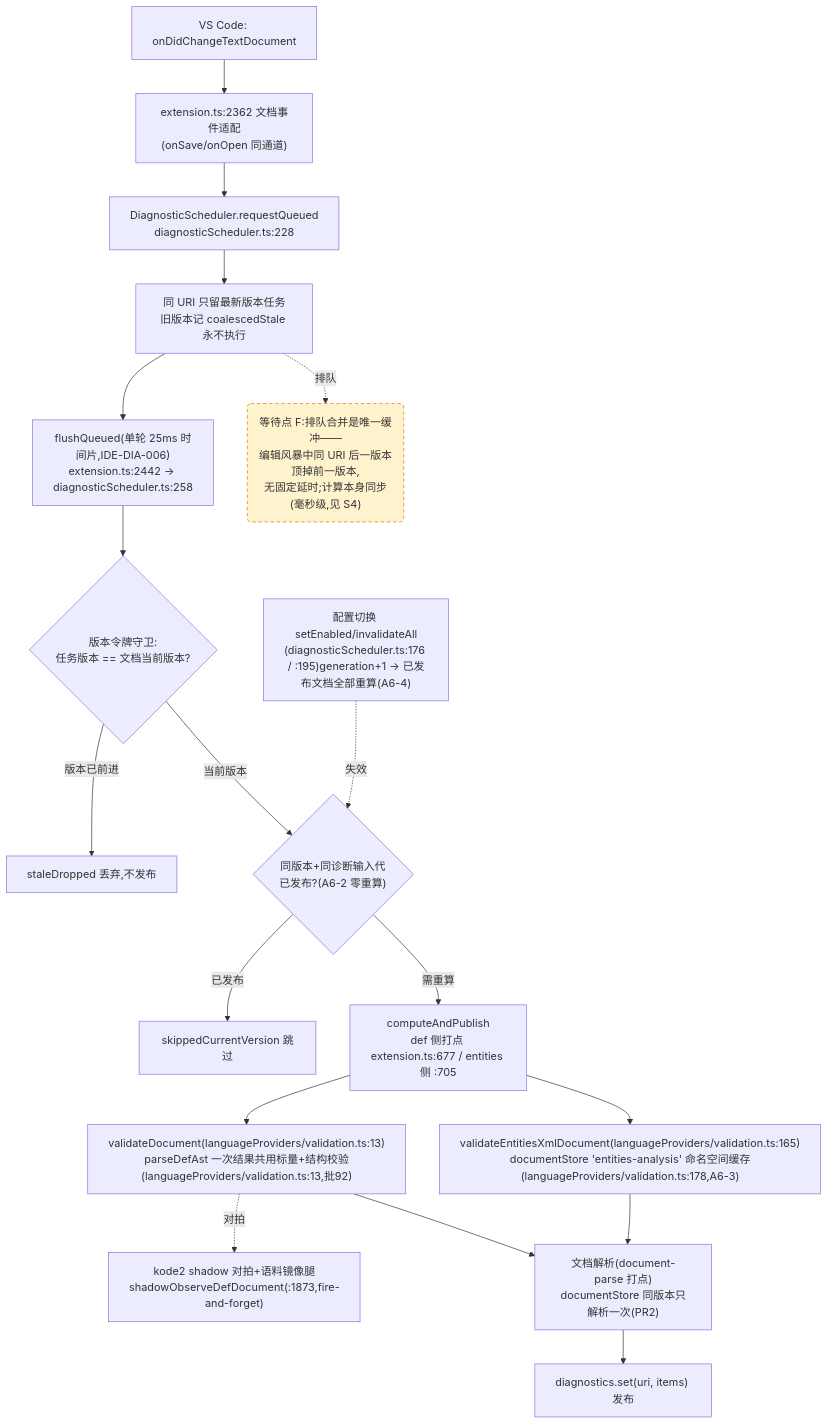
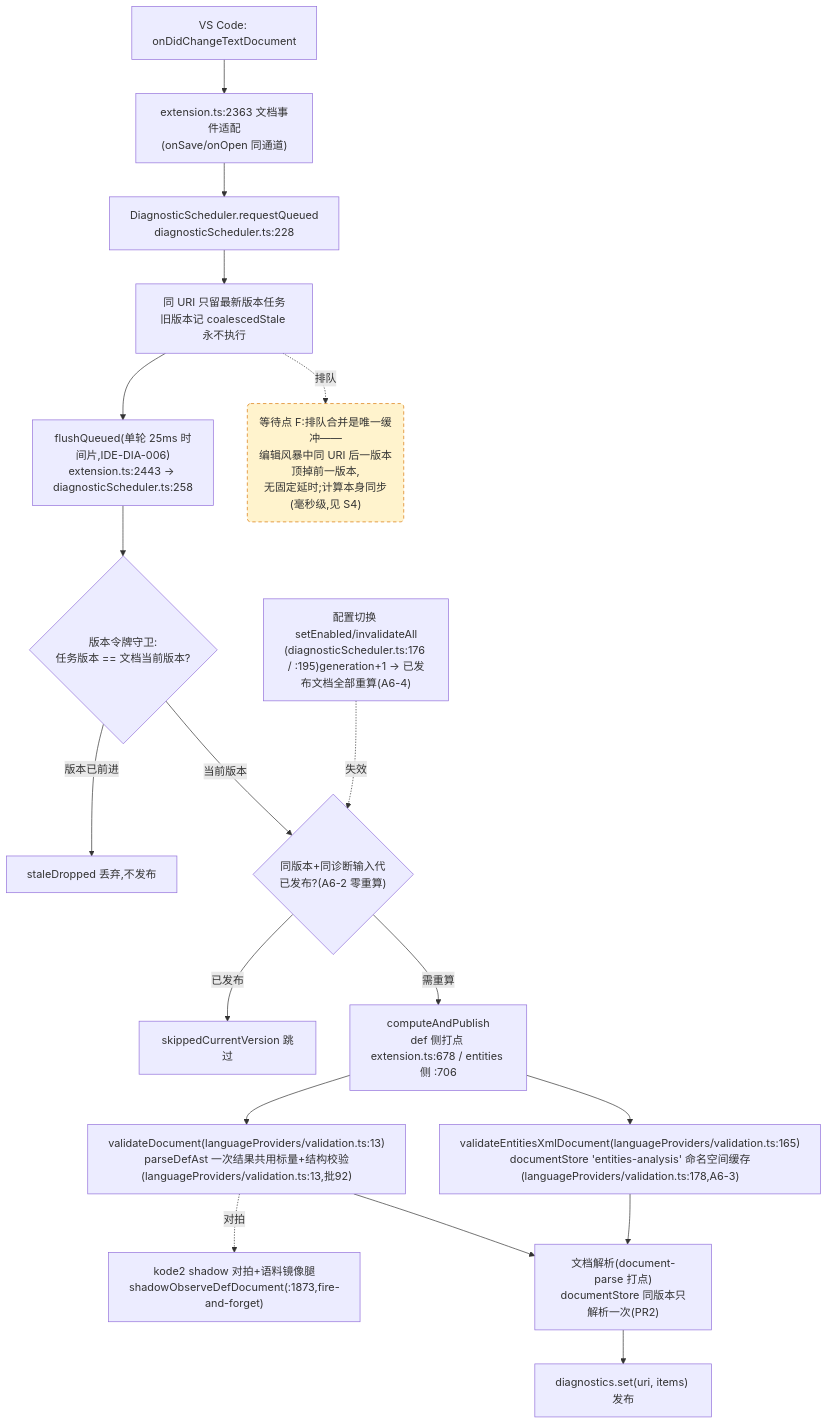
The fourth of 4 diagrams in docs/perf/2026-baseline.md (cuihairu/kode), drawn with Mermaid before and after one commit. The commit also changed other lines of this file and 3 other files, not shown here.

````diff
--- a/docs/perf/2026-baseline.md
+++ b/docs/perf/2026-baseline.md
@@ -214,38 +214,38 @@
 ```mermaid
 flowchart TD
   CHG["VS Code: onDidChangeTextDocument"]
-  WATCH["extension.ts:2362 文档事件适配<br/>(onSave/onOpen 同通道)"]
+  WATCH["extension.ts:2363 文档事件适配<br/>(onSave/onOpen 同通道)"]
   RQ["DiagnosticScheduler.requestQueued<br/>diagnosticScheduler.ts:228"]
   CO["同 URI 只留最新版本任务<br/>旧版本记 coalescedStale 永不执行"]
-  FL["flushQueued(单轮 25ms 时间片,IDE-DIA-006)<br/>extension.ts:2442 → diagnosticScheduler.ts:258"]
+  FL["flushQueued(单轮 25ms 时间片,IDE-DIA-006)<br/>extension.ts:2443 → diagnosticScheduler.ts:258"]
   VG{"版本令牌守卫:<br/>任务版本 == 文档当前版本?"}
   DROP["staleDropped 丢弃,不发布"]
   GEN{"同版本+同诊断输入代<br/>已发布?(A6-2 零重算)"}
   SKIP["skippedCurrentVersion 跳过"]
-  CALC["computeAndPublish<br/>def 侧打点 extension.ts:677 / entities 侧 :705"]
+  CALC["computeAndPublish<br/>def 侧打点 extension.ts:678 / entities 侧 :706"]
   VD["validateDocument(languageProviders/validation.ts:13)<br/>parseDefAst 一次结果共用标量+结构校验(languageProviders/validation.ts:13,批92)"]
   VEX["validateEntitiesXmlDocument(languageProviders/validation.ts:165)<br/>documentStore 'entities-analysis' 命名空间缓存(languageProviders/validation.ts:178,A6-3)"]
   SHDD["kode2 shadow 对拍+语料镜像腿<br/>shadowObserveDefDocument(:1873,fire-and-forget)"]
   DS["文档解析(document-parse 打点)<br/>documentStore 同版本只解析一次(PR2)"]
   PUB["diagnostics.set(uri, items) 发布"]
   CFG2["配置切换 setEnabled/invalidateAll<br/>(diagnosticScheduler.ts:176 / :195)generation+1 → 已发布文档全部重算(A6-4)"]
 
   CHG --> WATCH --> RQ --> CO --> FL --> VG
   VG -- "版本已前进" --> DROP
   VG -- "当前版本" --> GEN
   GEN -- "已发布" --> SKIP
   GEN -- "需重算" --> CALC
   CALC --> VD
   CALC --> VEX
   VD --> DS
   VEX --> DS
   DS --> PUB
   VD -.->|对拍| SHDD
   CFG2 -.->|失效| GEN
 
   WAITF("等待点 F:排队合并是唯一缓冲——<br/>编辑风暴中同 URI 后一版本顶掉前一版本,<br/>无固定延时;计算本身同步(毫秒级,见 S4)")
   CO -.->|排队| WAITF
 
   classDef waitPoint fill:#fff3cd,stroke:#d97706,stroke-dasharray:5 4;
   class WAITF waitPoint;
 ```
````
